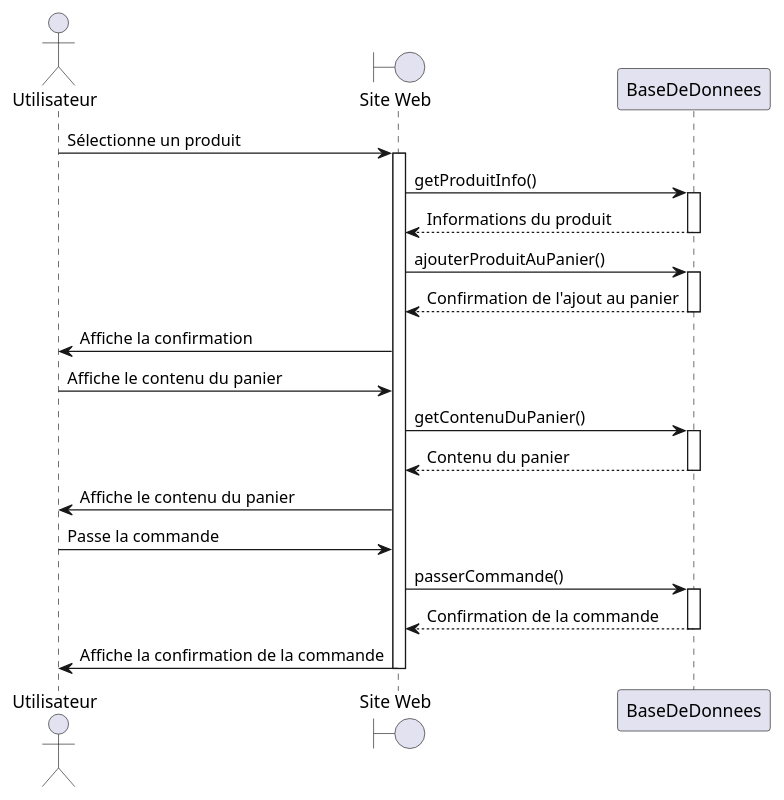
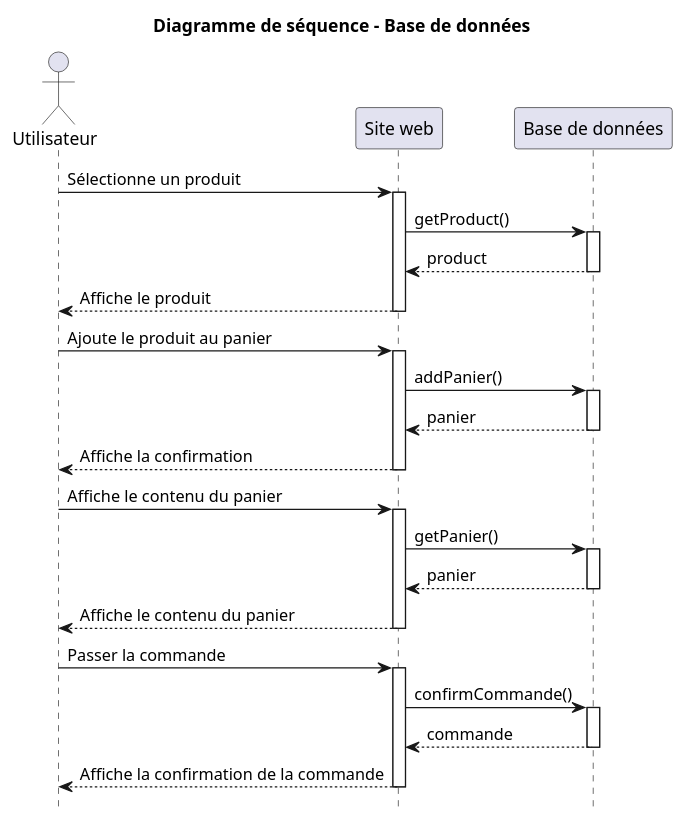
One commit to IUT-Blagnac/SAE-3-01-DevApp-G11-DisguiseHub changed the diagram in docs/Diagramme de séquences systèmes - Base de données.puml. Above: the diagram before and after it, drawn with PlantUML. The commit also changed 17 other files, not shown here.

Commit message:
Header/footer site web + Cleaning Ajout du header/footer du site web Modification des diagrammes de séquences systèmes Suppression de l'ancienne application Python IOT (archivée sur le drive)

```diff
--- a/docs/Diagramme de séquences systèmes - Base de données.puml
+++ b/docs/Diagramme de séquences systèmes - Base de données.puml
@@ -1,44 +1,45 @@
-@startuml
-actor Utilisateur
-boundary "Site Web" as SiteWeb
-' object BaseDeDonnees {
-'   + getProduitInfo(): InfoProduit
-'   + ajouterProduitAuPanier(): Confirmation
-'   + getContenuDuPanier(): ContenuPanier
-'   + passerCommande(): ConfirmationCommande
-' }
+@startuml Diagramme de séquence - Base de données
+title Diagramme de séquence - Base de données
+hide footbox
 
-Utilisateur -> SiteWeb: Sélectionne un produit
-activate SiteWeb
-SiteWeb -> BaseDeDonnees: getProduitInfo()
-activate BaseDeDonnees
+actor Utilisateur as u
+participant "Site web" as w
+participant "Base de données" as b
 
-BaseDeDonnees --> SiteWeb: Informations du produit
-deactivate BaseDeDonnees
+u -> w: Sélectionne un produit
+activate w
+w -> b: getProduct()
+activate b
+b --> w: product
+deactivate b
+w --> u: Affiche le produit
+deactivate w
 
-SiteWeb -> BaseDeDonnees: ajouterProduitAuPanier()
-activate BaseDeDonnees
-BaseDeDonnees --> SiteWeb: Confirmation de l'ajout au panier
-deactivate BaseDeDonnees
+u -> w : Ajoute le produit au panier
+activate w
+w -> b: addPanier()
+activate b
+b --> w: panier
+deactivate b
+w --> u: Affiche la confirmation
+deactivate w
 
-SiteWeb -> Utilisateur: Affiche la confirmation
+u -> w: Affiche le contenu du panier
+activate w
+w -> b: getPanier()
+activate b
+b --> w: panier
+deactivate b
+w --> u: Affiche le contenu du panier
+deactivate w
 
-Utilisateur -> SiteWeb: Affiche le contenu du panier
-SiteWeb -> BaseDeDonnees: getContenuDuPanier()
-activate BaseDeDonnees
+u -> w: Passer la commande
+activate w
+w -> b: confirmCommande()
+activate b
+b --> w: commande
+deactivate b
+w --> u: Affiche la confirmation de la commande
+deactivate w
 
-BaseDeDonnees --> SiteWeb: Contenu du panier
-deactivate BaseDeDonnees
-
-SiteWeb -> Utilisateur: Affiche le contenu du panier
-
-Utilisateur -> SiteWeb: Passe la commande
-SiteWeb -> BaseDeDonnees: passerCommande()
-activate BaseDeDonnees
-
-BaseDeDonnees --> SiteWeb: Confirmation de la commande
-deactivate BaseDeDonnees
-
-SiteWeb -> Utilisateur: Affiche la confirmation de la commande
-deactivate SiteWeb
 @enduml
```
